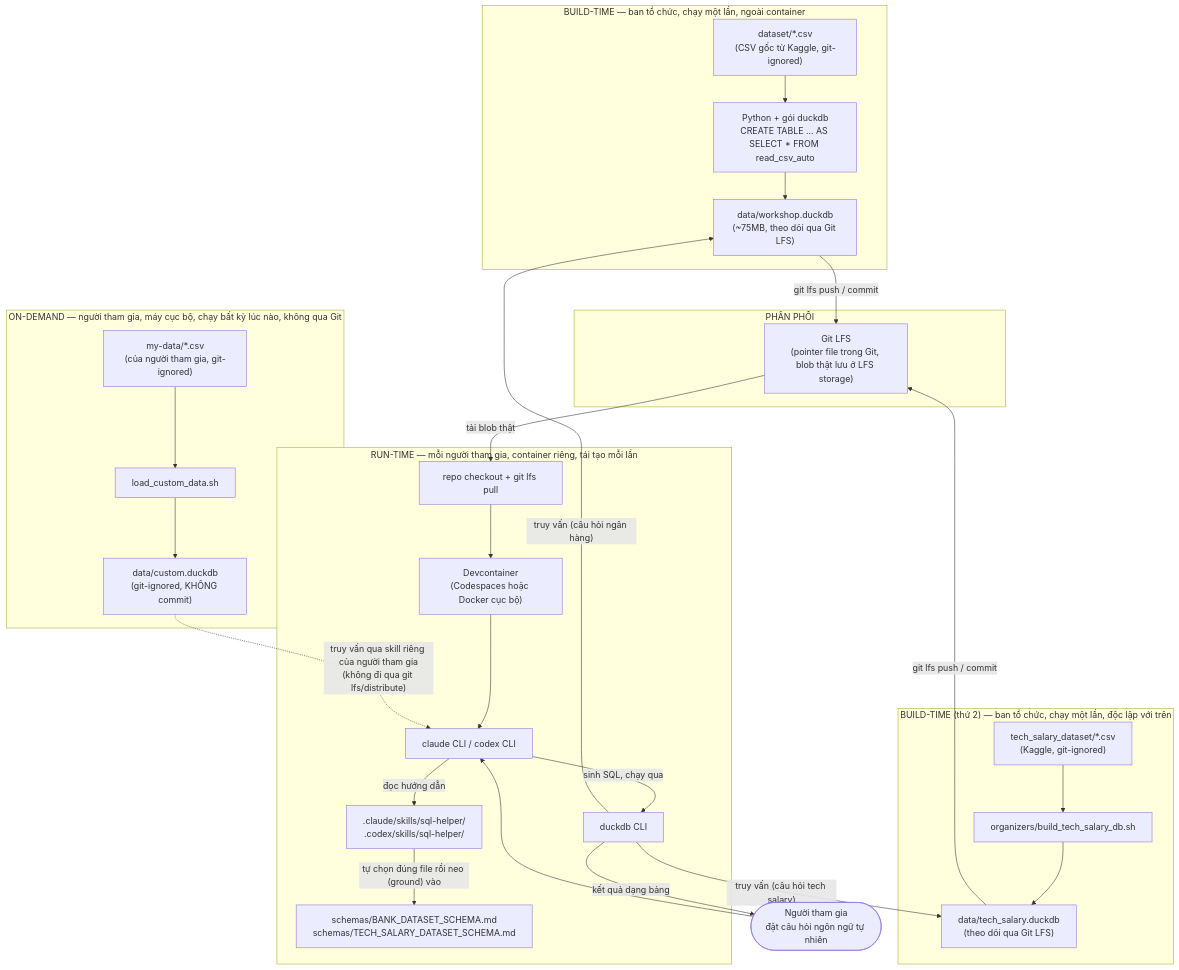
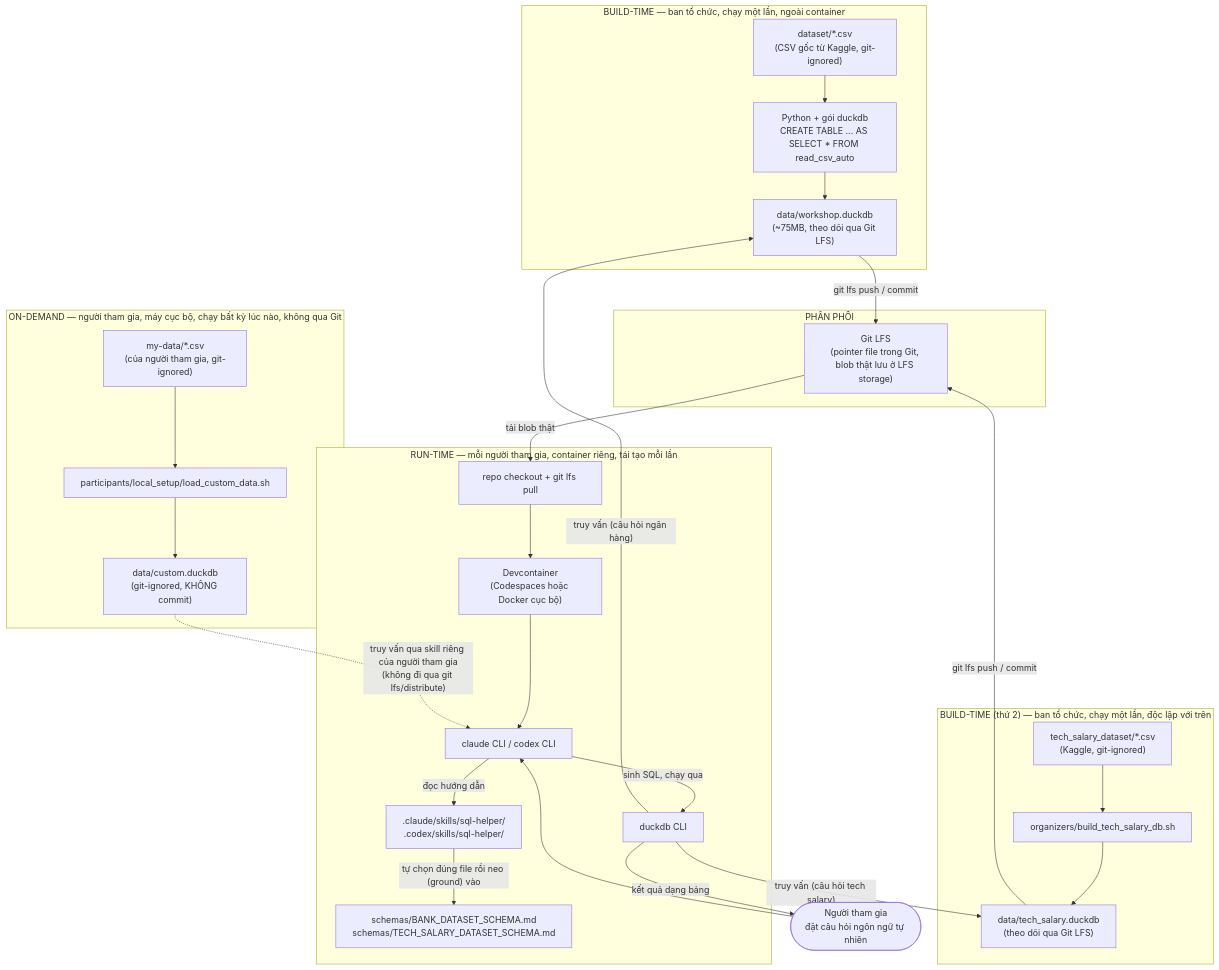
One commit to QuanPham99/CB_Txt2Sql changed the first of 3 diagrams in participants/ARCHITECTURE.md. Above: the diagram before and after it, drawn with Mermaid. The commit also changed other lines of this file and 18 other files, not shown here.

First line of the commit message:
Rename exercises.md to WORKSHOP_EXERCISES.md, add Salary Schema exercise, move local setup scripts

````diff
--- a/participants/ARCHITECTURE.md
+++ b/participants/ARCHITECTURE.md
@@ -20,50 +20,50 @@
 ```mermaid
 flowchart TB
     subgraph build["BUILD-TIME — ban tổ chức, chạy một lần, ngoài container"]
         csv["dataset/*.csv\n(CSV gốc từ Kaggle, git-ignored)"]
         script["Python + gói duckdb\nCREATE TABLE ... AS SELECT * FROM read_csv_auto"]
         db["data/workshop.duckdb\n(~75MB, theo dõi qua Git LFS)"]
         csv --> script --> db
     end
 
     subgraph build2["BUILD-TIME (thứ 2) — ban tổ chức, chạy một lần, độc lập với trên"]
         tcsv["tech_salary_dataset/*.csv\n(Kaggle, git-ignored)"]
         tscript["organizers/build_tech_salary_db.sh"]
         tdb["data/tech_salary.duckdb\n(theo dõi qua Git LFS)"]
         tcsv --> tscript --> tdb
     end
 
     subgraph distribute["PHÂN PHỐI"]
         lfs["Git LFS\n(pointer file trong Git, blob thật lưu ở LFS storage)"]
         db -->|"git lfs push / commit"| lfs
         tdb -->|"git lfs push / commit"| lfs
     end
 
     subgraph runtime["RUN-TIME — mỗi người tham gia, container riêng, tái tạo mỗi lần"]
         checkout["repo checkout + git lfs pull"]
         container["Devcontainer\n(Codespaces hoặc Docker cục bộ)"]
         skills[".claude/skills/sql-helper/\n.codex/skills/sql-helper/"]
         schema["schemas/BANK_DATASET_SCHEMA.md\nschemas/TECH_SALARY_DATASET_SCHEMA.md"]
         clis["claude CLI  /  codex CLI"]
         duckcli["duckdb CLI"]
 
         lfs -->|"tải blob thật"| checkout --> container
         container --> clis
         clis -->|"đọc hướng dẫn"| skills
         skills -->|"tự chọn đúng file rồi neo (ground) vào"| schema
         clis -->|"sinh SQL, chạy qua"| duckcli
         duckcli -->|"truy vấn (câu hỏi ngân hàng)"| db
         duckcli -->|"truy vấn (câu hỏi tech salary)"| tdb
     end
 
     subgraph ondemand["ON-DEMAND — người tham gia, máy cục bộ, chạy bất kỳ lúc nào, không qua Git"]
         mydata["my-data/*.csv\n(của người tham gia, git-ignored)"]
-        loadscript["load_custom_data.sh"]
+        loadscript["participants/local_setup/load_custom_data.sh"]
         cdb["data/custom.duckdb\n(git-ignored, KHÔNG commit)"]
         mydata --> loadscript --> cdb
     end
 
     user(["Người tham gia\nđặt câu hỏi ngôn ngữ tự nhiên"]) --> clis
     duckcli -->|"kết quả dạng bảng"| user
     cdb -.->|"truy vấn qua skill riêng của người tham gia\n(không đi qua git lfs/distribute)"| clis
 ```
````
